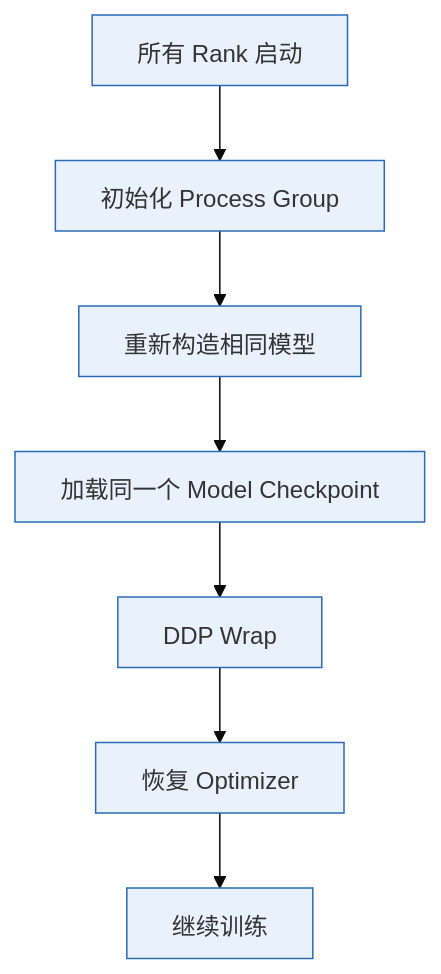
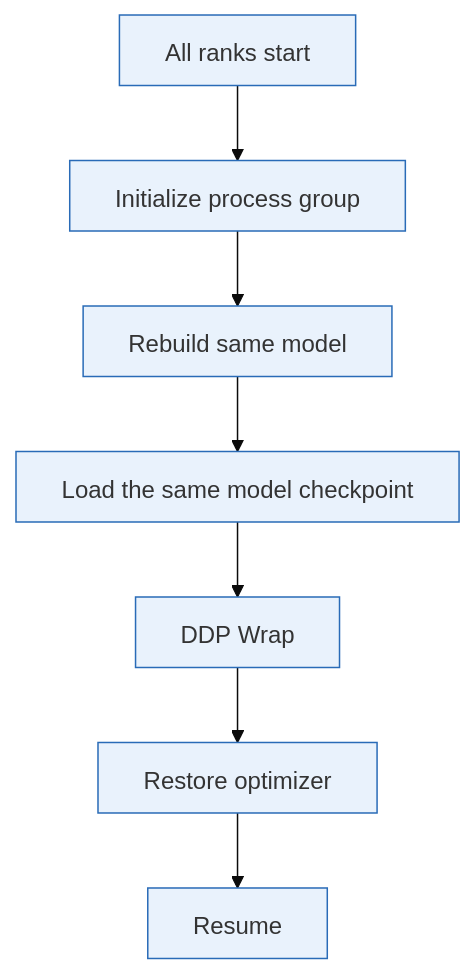
The diagram in en/ch12-llm-training-engineering/figures/ch12.10-ddp-resume.mmd (jshn9515/deep-learning-notes), drawn with Mermaid before and after one commit. The commit also changed 11 other files, not shown here.

Commit message:
DOC: Translate Chapter 12 diagram labels

```diff
--- a/en/ch12-llm-training-engineering/figures/ch12.10-ddp-resume.mmd
+++ b/en/ch12-llm-training-engineering/figures/ch12.10-ddp-resume.mmd
@@ -1,40 +1,40 @@
 ---
 config:
   startOnLoad: false
   theme: base
   htmlLabels: false
   fontFamily: Arial, Microsoft YaHei, Noto Serif CJK SC, sans-serif
   themeVariables:
     fontSize: 16px
     primaryColor: "#e9f2fc"
     primaryBorderColor: "#296bb7"
     primaryTextColor: "#333333"
     lineColor: "#0b0b0b"
 
   flowchart:
     wrappingWidth: 300
 
   themeCSS: |
     .node text,
     .nodeLabel,
     .label text {
       font-weight: 400;
       font-style: normal;
     }
 
     .node rect,
     .flowchart-link {
       stroke-width: 1px;
     }
 ---
 
 flowchart TD
-    A[所有 Rank 启动]
-    B[初始化 Process Group]
-    C[重新构造相同模型]
-    D[加载同一个 Model Checkpoint]
+    A[All ranks start]
+    B[Initialize process group]
+    C[Rebuild same model]
+    D[Load the same model checkpoint]
     E[DDP Wrap]
-    F[恢复 Optimizer]
-    G[继续训练]
+    F[Restore optimizer]
+    G[Resume]
 
     A --> B --> C --> D --> E --> F --> G
```
